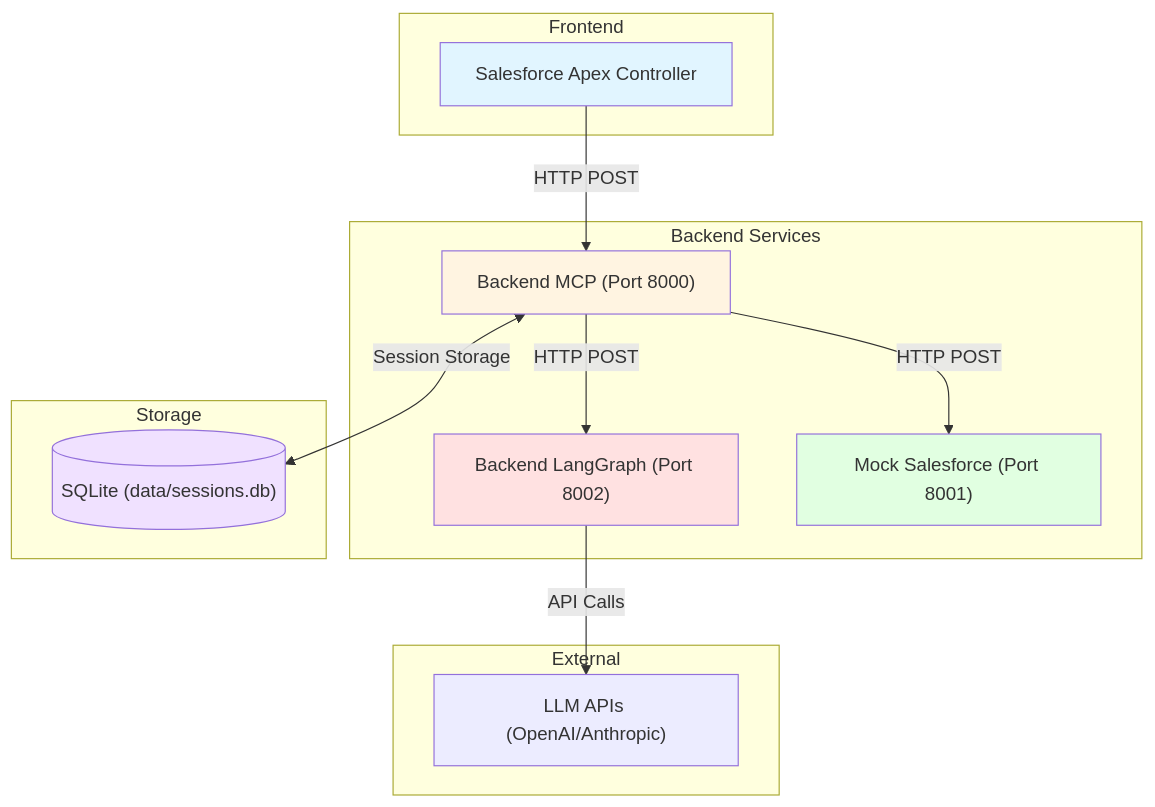
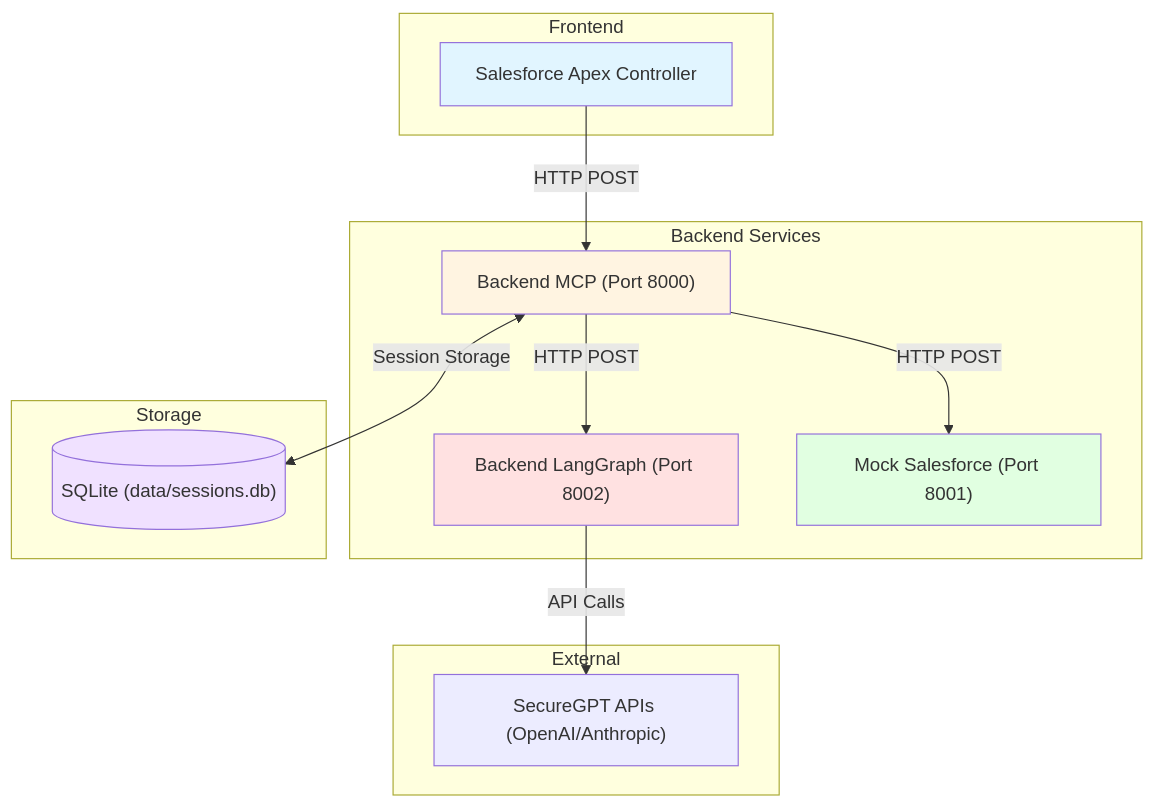
Before and after one commit to Yasser1AITLAZIZ/sfd-clm: the first of 6 diagrams in docs/ARCHITECTURE.md, drawn with Mermaid. The commit also changed other lines of this file and 8 other files, not shown here.

````diff
--- a/docs/ARCHITECTURE.md
+++ b/docs/ARCHITECTURE.md
@@ -18,32 +18,32 @@
 ```mermaid
 graph TB
     subgraph Frontend["Frontend"]
         SF["Salesforce Apex Controller"]
     end
-    
+  
     subgraph BackendServices["Backend Services"]
         MCP["Backend MCP (Port 8000)"]
         LG["Backend LangGraph (Port 8002)"]
         MSF["Mock Salesforce (Port 8001)"]
     end
-    
+  
     subgraph Storage["Storage"]
         SQLITE[("SQLite (data/sessions.db)")]
     end
-    
+  
     subgraph External["External"]
-        LLM["LLM APIs (OpenAI/Anthropic)"]
+        LLM["SecureGPT APIs (OpenAI/Anthropic)"]
     end
-    
+  
     SF -->|"HTTP POST"| MCP
     MCP -->|"HTTP POST"| MSF
     MCP -->|"HTTP POST"| LG
     MCP <-->|"Session Storage"| SQLITE
     LG -->|"API Calls"| LLM
-    
+  
     style SF fill:#e1f5ff
     style MCP fill:#fff4e1
     style LG fill:#ffe1e1
     style MSF fill:#e1ffe1
     style SQLITE fill:#f0e1ff
 ```
````
